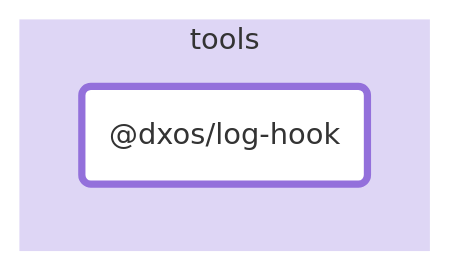
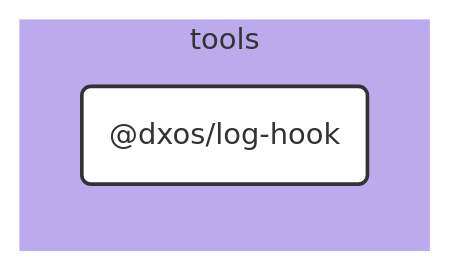
One commit to dxos/dxos changed the diagram in tools/log-hook/docs/README.md. Above: the diagram before and after it, drawn with Mermaid. The commit also changed 100 other files, not shown here.

````diff
--- a/tools/log-hook/docs/README.md
+++ b/tools/log-hook/docs/README.md
@@ -7,12 +7,25 @@
 ```mermaid
-flowchart LR;
+%%{ init: {'flowchart':{'curve':'basis'}} }%%
 
-style dxos/log-hook fill:#fff,stroke-width:4px;
+flowchart LR
+
+%% Links
+
+%% Sections
+subgraph tools
+  style tools fill:#bbabed,stroke:#fff;
+
+  dxos/log-hook("@dxos/log-hook")
+end
 
 
-subgraph tools
-  style tools fill:#ded6f5,stroke:#fff;
-  dxos/log-hook("@dxos/log-hook");
-end
+%% Hyperlinks
+
+%% Styles
+classDef rootNode fill:#fff,stroke:#333,stroke-width:2px
+classDef defaultNode fill:#fff,stroke:#333,stroke-width:1px
+linkStyle default stroke:#333,stroke-width:1px
+
+dxos/log-hook:::rootNode
 
 ```
````
